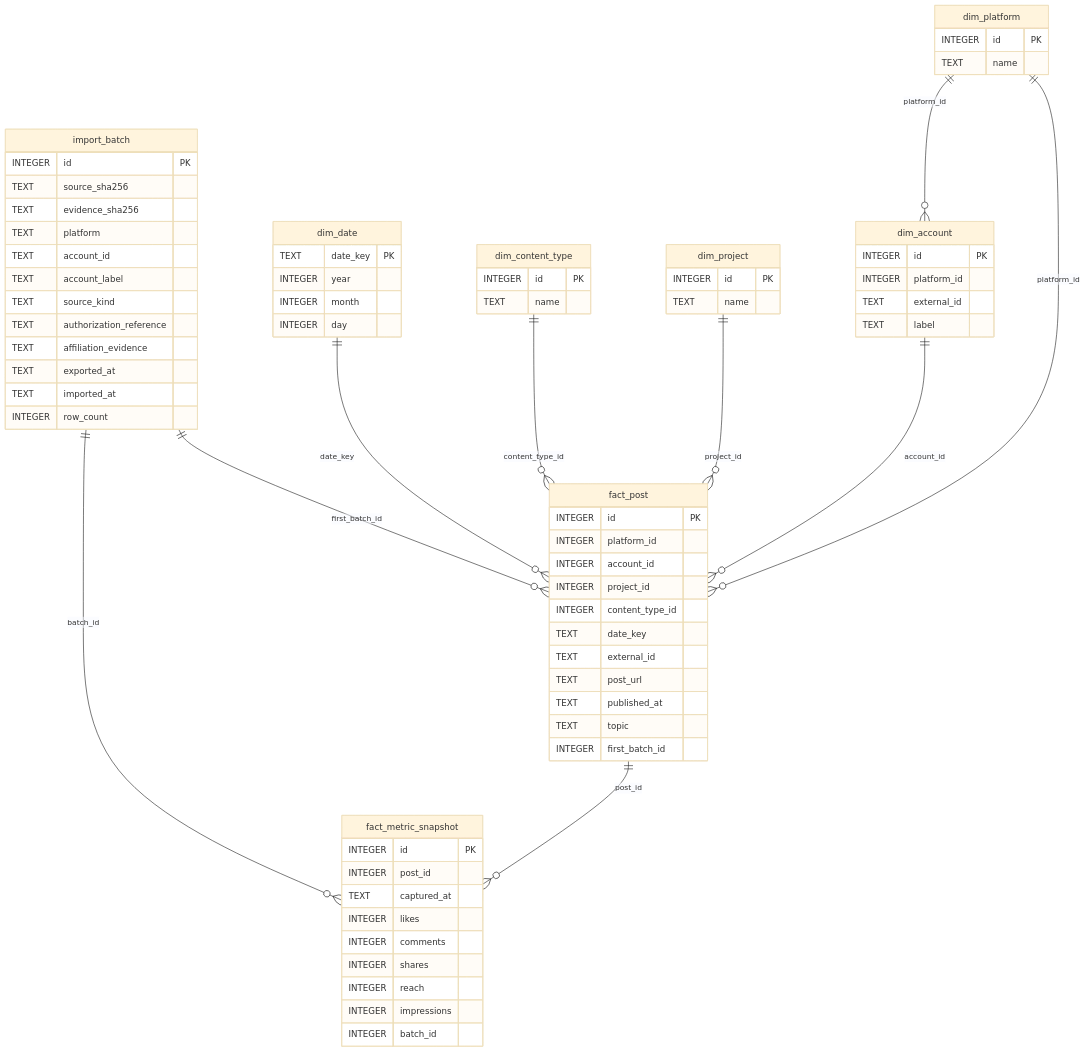
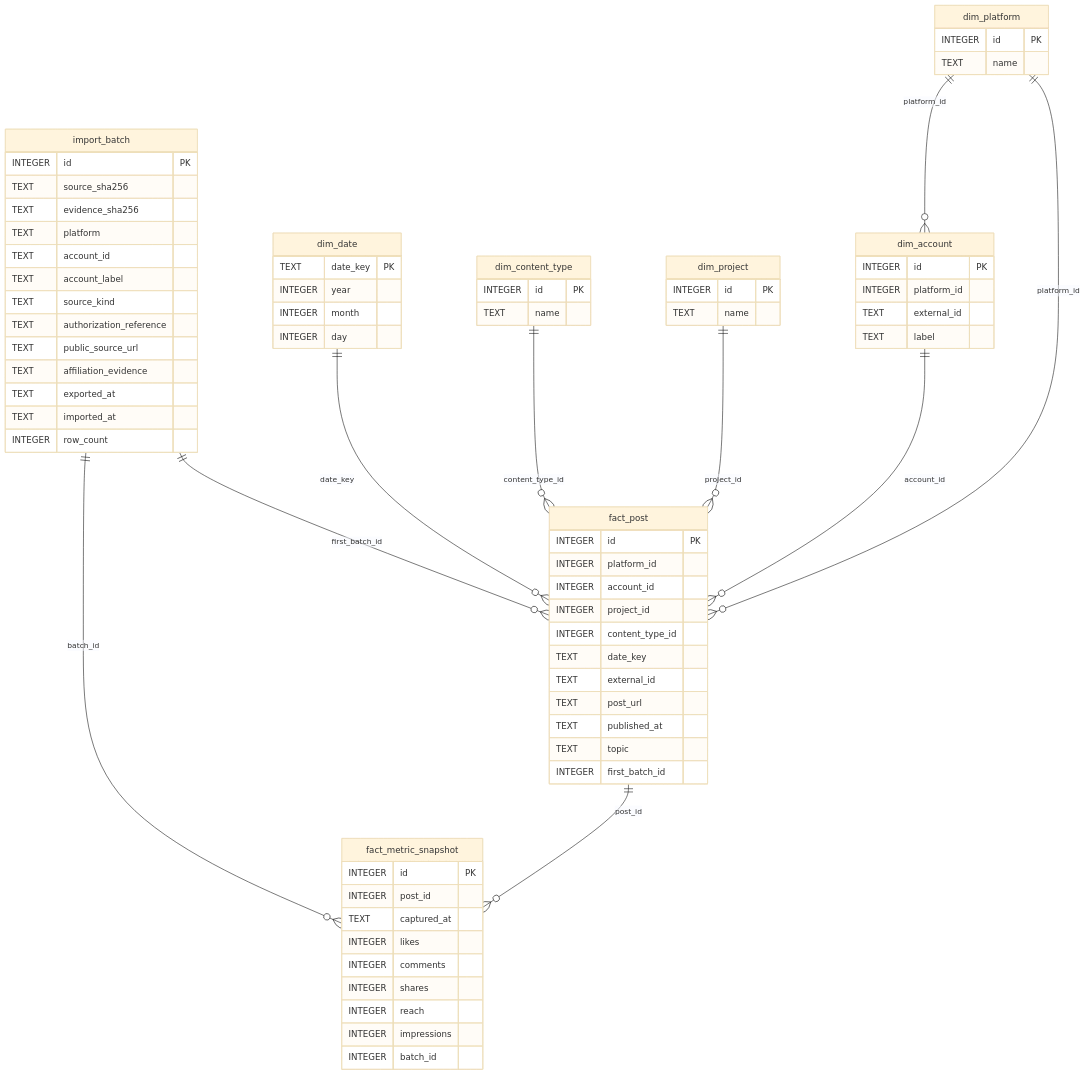
Before and after one commit to UPT-FAING-EPIS/proyecto-si885-2026-i-project-cid: the diagram in unidad2/docs/modelo_generado.md, drawn with Mermaid (base theme). The commit also changed 8 other files, not shown here.

````diff
--- a/unidad2/docs/modelo_generado.md
+++ b/unidad2/docs/modelo_generado.md
@@ -3,74 +3,75 @@
 ```mermaid
 erDiagram
   import_batch {
     INTEGER id PK
     TEXT source_sha256
     TEXT evidence_sha256
     TEXT platform
     TEXT account_id
     TEXT account_label
     TEXT source_kind
     TEXT authorization_reference
+    TEXT public_source_url
     TEXT affiliation_evidence
     TEXT exported_at
     TEXT imported_at
     INTEGER row_count
   }
   dim_platform {
     INTEGER id PK
     TEXT name
   }
   dim_account {
     INTEGER id PK
     INTEGER platform_id
     TEXT external_id
     TEXT label
   }
   dim_project {
     INTEGER id PK
     TEXT name
   }
   dim_content_type {
     INTEGER id PK
     TEXT name
   }
   dim_date {
     TEXT date_key PK
     INTEGER year
     INTEGER month
     INTEGER day
   }
   fact_post {
     INTEGER id PK
     INTEGER platform_id
     INTEGER account_id
     INTEGER project_id
     INTEGER content_type_id
     TEXT date_key
     TEXT external_id
     TEXT post_url
     TEXT published_at
     TEXT topic
     INTEGER first_batch_id
   }
   fact_metric_snapshot {
     INTEGER id PK
     INTEGER post_id
     TEXT captured_at
     INTEGER likes
     INTEGER comments
     INTEGER shares
     INTEGER reach
     INTEGER impressions
     INTEGER batch_id
   }
   dim_platform ||--o{ dim_account : platform_id
   import_batch ||--o{ fact_post : first_batch_id
   dim_date ||--o{ fact_post : date_key
   dim_content_type ||--o{ fact_post : content_type_id
   dim_project ||--o{ fact_post : project_id
   dim_account ||--o{ fact_post : account_id
   dim_platform ||--o{ fact_post : platform_id
   import_batch ||--o{ fact_metric_snapshot : batch_id
   fact_post ||--o{ fact_metric_snapshot : post_id
 ```
````
